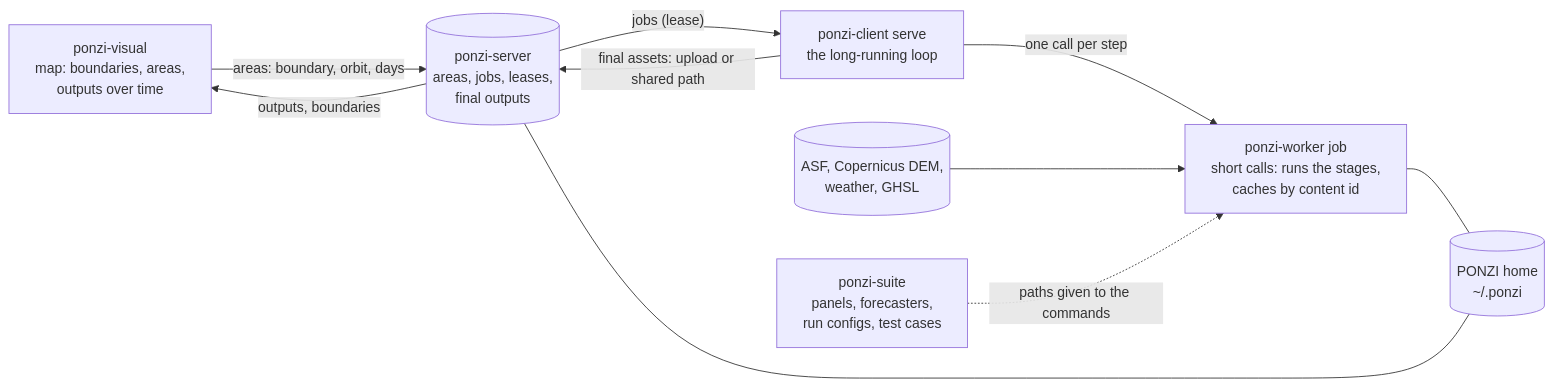
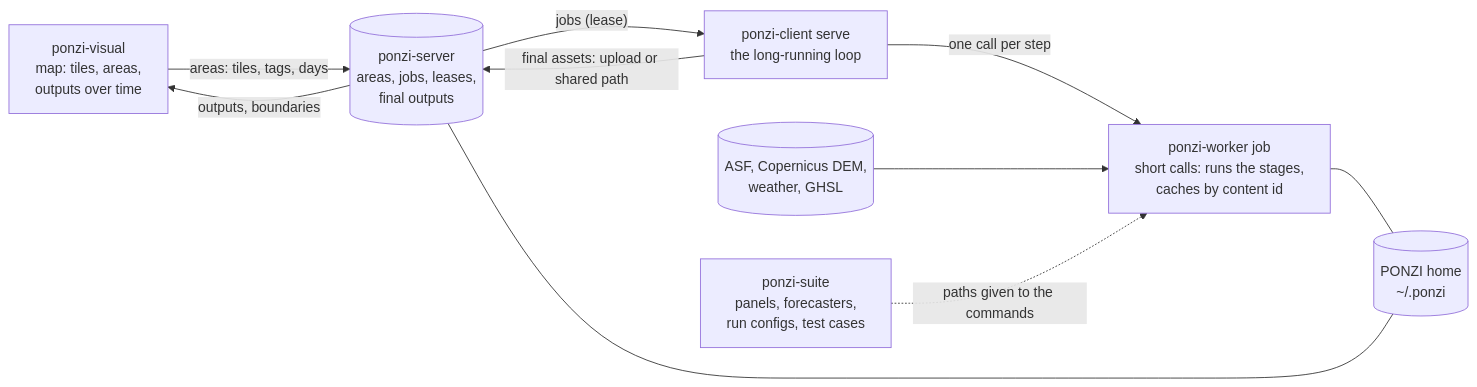
The first of 5 diagrams in docs/concepts/workflows.md (conflict-ecology/ponzi-suite), drawn with Mermaid before and after one commit. The commit also changed 18 other files, not shown here.

Commit message:
Document tile-only areas, tags and Linux only.

````diff
--- a/docs/concepts/workflows.md
+++ b/docs/concepts/workflows.md
@@ -109,19 +109,19 @@
 ```mermaid
 flowchart LR
   suite["ponzi-suite<br/>panels, forecasters,<br/>run configs, test cases"]
-  visual["ponzi-visual<br/>map: boundaries, areas,<br/>outputs over time"]
+  visual["ponzi-visual<br/>map: tiles, areas,<br/>outputs over time"]
   server[("ponzi-server<br/>areas, jobs, leases,<br/>final outputs")]
   client["ponzi-client serve<br/>the long-running loop"]
   worker["ponzi-worker job<br/>short calls: runs the stages,<br/>caches by content id"]
   home[("PONZI home<br/>~/.ponzi")]
   data[("ASF, Copernicus DEM,<br/>weather, GHSL")]
-  visual -- "areas: boundary, orbit, days" --> server
+  visual -- "areas: tiles, tags, days" --> server
   server -- "outputs, boundaries" --> visual
   server -- "jobs (lease)" --> client
   client -- "one call per step" --> worker
   client -- "final assets: upload or shared path" --> server
   data --> worker
   worker --- home
   server --- home
   suite -. "paths given to the commands" .-> worker
 ```
````
